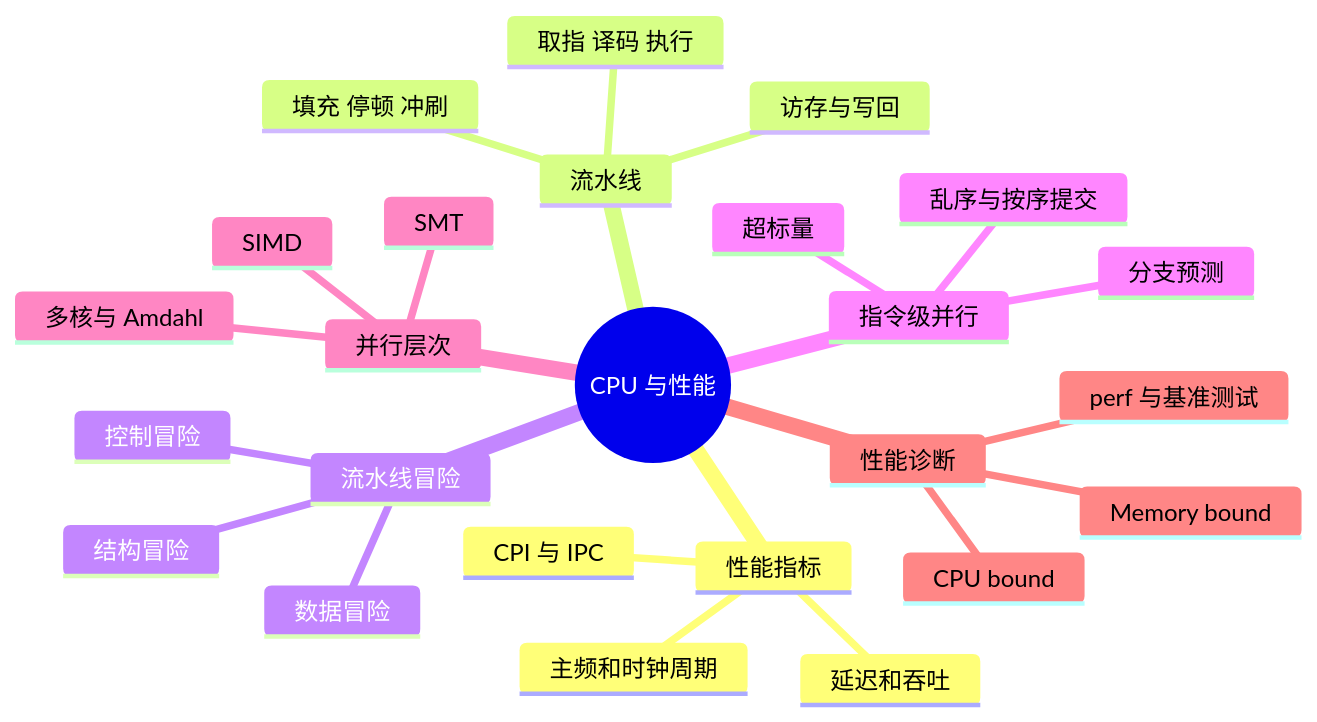
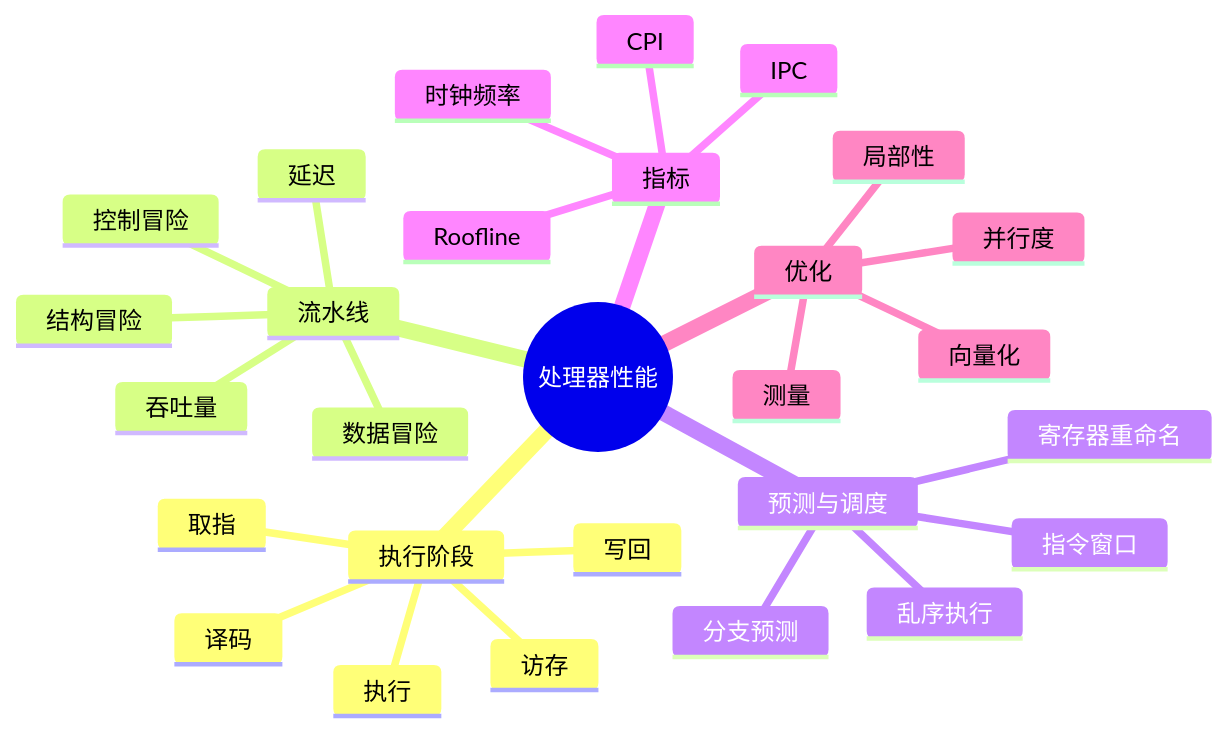
The diagram in 05_interview/fundamentals/cs-core/computer-organization/02-cpu-pipeline-performance/index.md (ranxi2001/zero2Leetcode), drawn with Mermaid before and after one commit. The commit also changed other lines of this file and 38 other files, not shown here.

````diff
--- a/05_interview/fundamentals/cs-core/computer-organization/02-cpu-pipeline-performance/index.md
+++ b/05_interview/fundamentals/cs-core/computer-organization/02-cpu-pipeline-performance/index.md
@@ -13,28 +15,31 @@
 ```mermaid
 mindmap
-  root((CPU 与性能))
-    性能指标
-      主频和时钟周期
-      CPI 与 IPC
-      延迟和吞吐
+  root((处理器性能))
+    执行阶段
+      取指
+      译码
+      执行
+      访存
+      写回
     流水线
-      取指 译码 执行
-      访存与写回
-      填充 停顿 冲刷
-    流水线冒险
-      结构冒险
+      吞吐量
+      延迟
       数据冒险
       控制冒险
-    指令级并行
+      结构冒险
+    预测与调度
       分支预测
-      超标量
-      乱序与按序提交
-    并行层次
-      SIMD
-      SMT
-      多核与 Amdahl
-    性能诊断
-      CPU bound
-      Memory bound
-      perf 与基准测试
+      指令窗口
+      乱序执行
+      寄存器重命名
+    指标
+      CPI
+      IPC
+      时钟频率
+      Roofline
+    优化
+      局部性
+      向量化
+      并行度
+      测量
 ```
````
